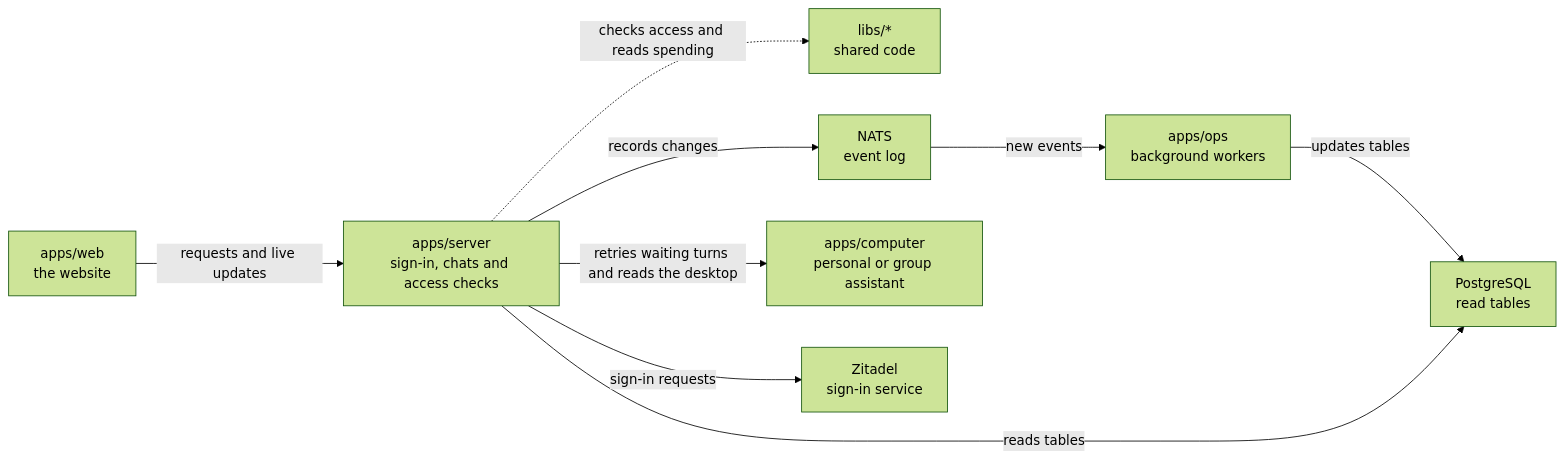
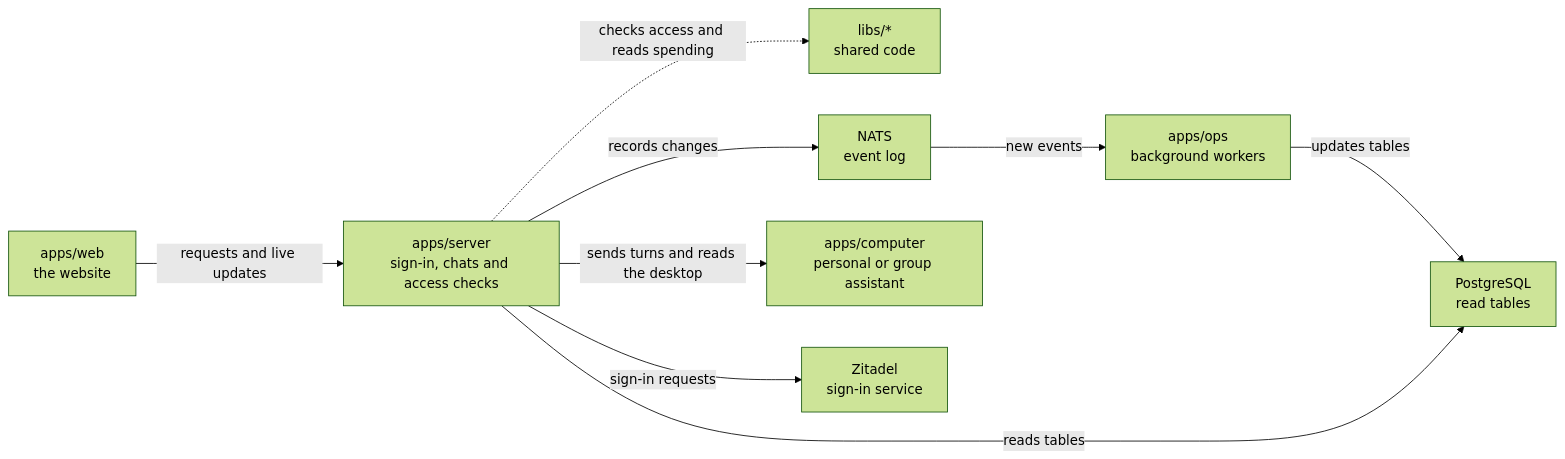
Before and after one commit to elewa-git/opencrane-new: the diagram in apps/server/README.md, drawn with Mermaid (forest theme). The commit also changed other lines of this file and 9 other files, not shown here.

````diff
--- a/apps/server/README.md
+++ b/apps/server/README.md
@@ -11,11 +11,11 @@
 ```mermaid
 flowchart LR
   web["apps/web<br/>the website"] -->|requests and live updates| server["apps/server<br/>sign-in, chats and access checks"]
   server -.->|checks access and reads spending| libs["libs/*<br/>shared code"]
   server -->|records changes| nats["NATS<br/>event log"]
   nats -->|new events| ops["apps/ops<br/>background workers"]
   ops -->|updates tables| postgres["PostgreSQL<br/>read tables"]
   server -->|reads tables| postgres
-  server -->|retries waiting turns and reads the desktop| computer["apps/computer<br/>personal or group assistant"]
+  server -->|sends turns and reads the desktop| computer["apps/computer<br/>personal or group assistant"]
   server -->|sign-in requests| zitadel["Zitadel<br/>sign-in service"]
 ```
````
